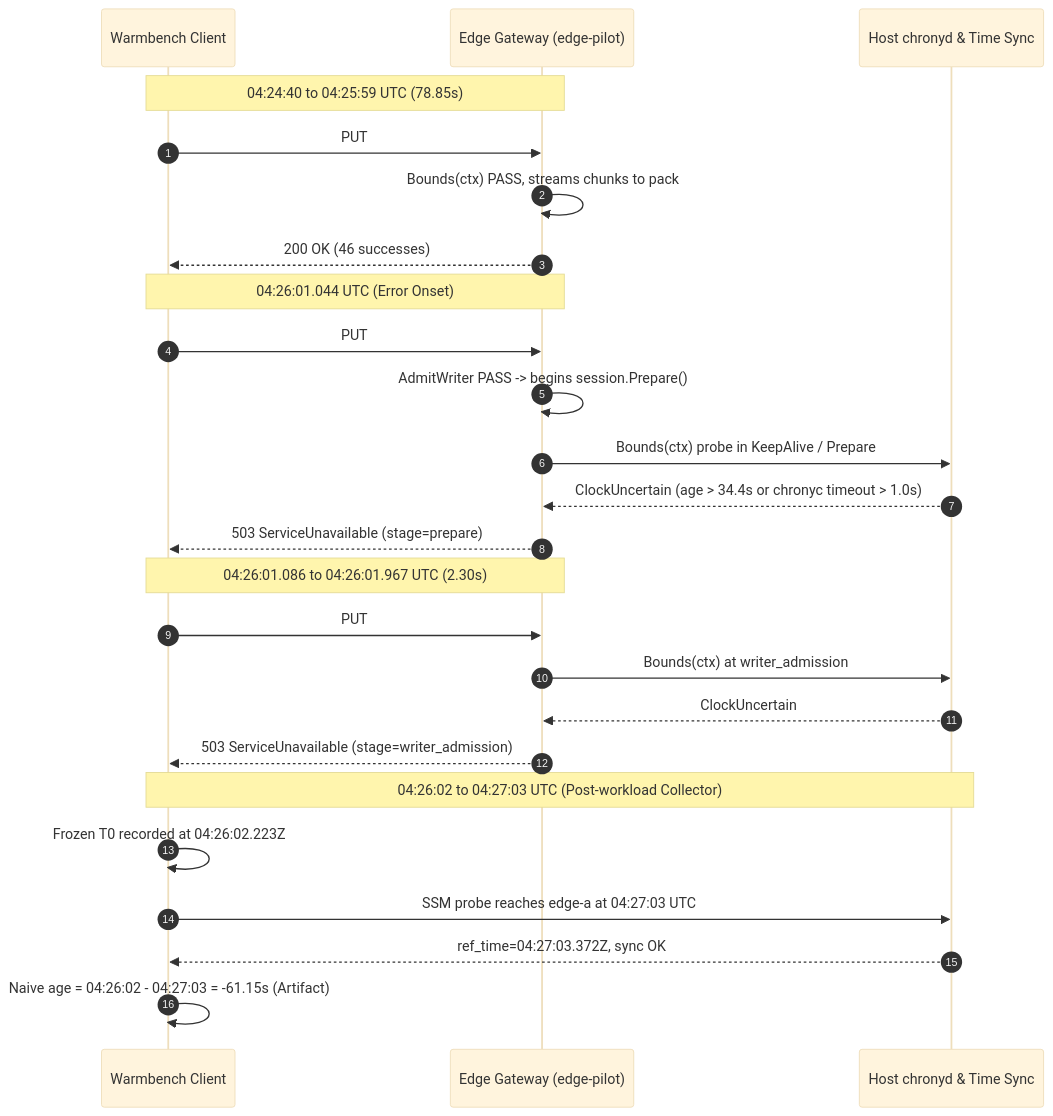
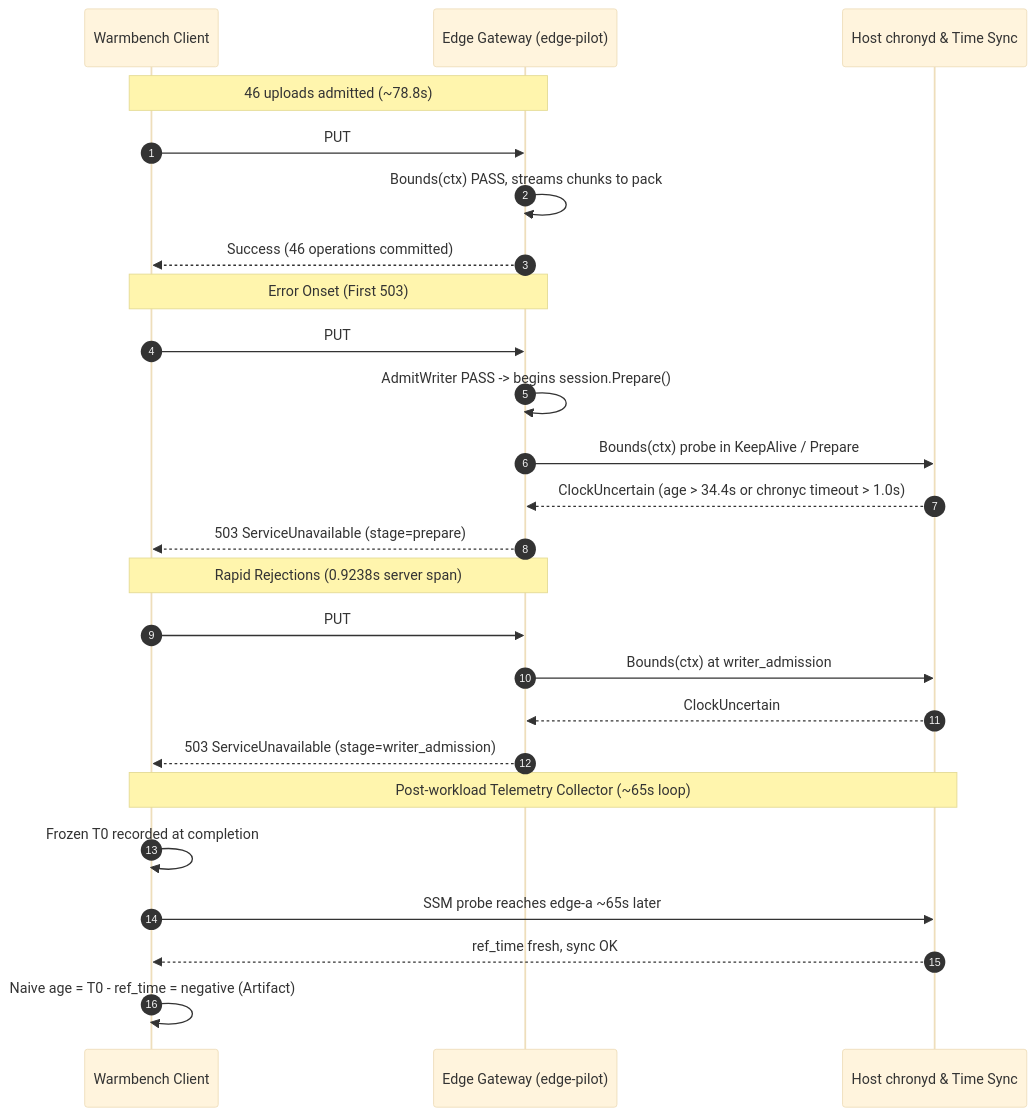
Before and after one commit to KinasTomes/miles: the diagram in docs/testing/edge-clock-rca-followup.md, drawn with Mermaid (base theme). The commit also changed other lines of this file and 2 other files, not shown here.

````diff
--- a/docs/testing/edge-clock-rca-followup.md
+++ b/docs/testing/edge-clock-rca-followup.md
@@ -82,27 +94,27 @@
 ```mermaid
 sequenceDiagram
   autonumber
   participant Client as Warmbench Client
   participant Gateway as Edge Gateway (edge-pilot)
   participant Chrony as Host chronyd & Time Sync
-  Note over Client,Gateway: 04:24:40 to 04:25:59 UTC (78.85s)
+  Note over Client,Gateway: 46 uploads admitted (~78.8s)
   Client->>Gateway: PUT #1..46 (8 MiB chunks)
   Gateway->>Gateway: Bounds(ctx) PASS, streams chunks to pack
-  Gateway-->>Client: 200 OK (46 successes)
-  Note over Client,Gateway: 04:26:01.044 UTC (Error Onset)
-  Client->>Gateway: PUT #47 (low-entropy-v15.bin)
+  Gateway-->>Client: Success (46 operations committed)
+  Note over Client,Gateway: Error Onset (First 503)
+  Client->>Gateway: PUT #47
   Gateway->>Gateway: AdmitWriter PASS -> begins session.Prepare()
   Gateway->>Chrony: Bounds(ctx) probe in KeepAlive / Prepare
   Chrony-->>Gateway: ClockUncertain (age > 34.4s or chronyc timeout > 1.0s)
   Gateway-->>Client: 503 ServiceUnavailable (stage=prepare)
-  Note over Client,Gateway: 04:26:01.086 to 04:26:01.967 UTC (2.30s)
+  Note over Client,Gateway: Rapid Rejections (0.9238s server span)
   Client->>Gateway: PUT #48..90
   Gateway->>Chrony: Bounds(ctx) at writer_admission
   Chrony-->>Gateway: ClockUncertain
   Gateway-->>Client: 503 ServiceUnavailable (stage=writer_admission)
-  Note over Client,Chrony: 04:26:02 to 04:27:03 UTC (Post-workload Collector)
-  Client->>Client: Frozen T0 recorded at 04:26:02.223Z
-  Client->>Chrony: SSM probe reaches edge-a at 04:27:03 UTC
-  Chrony-->>Client: ref_time=04:27:03.372Z, sync OK
-  Client->>Client: Naive age = 04:26:02 - 04:27:03 = -61.15s (Artifact)
+  Note over Client,Chrony: Post-workload Telemetry Collector (~65s loop)
+  Client->>Client: Frozen T0 recorded at completion
+  Client->>Chrony: SSM probe reaches edge-a ~65s later
+  Chrony-->>Client: ref_time fresh, sync OK
+  Client->>Client: Naive age = T0 - ref_time = negative (Artifact)
 ```
````
